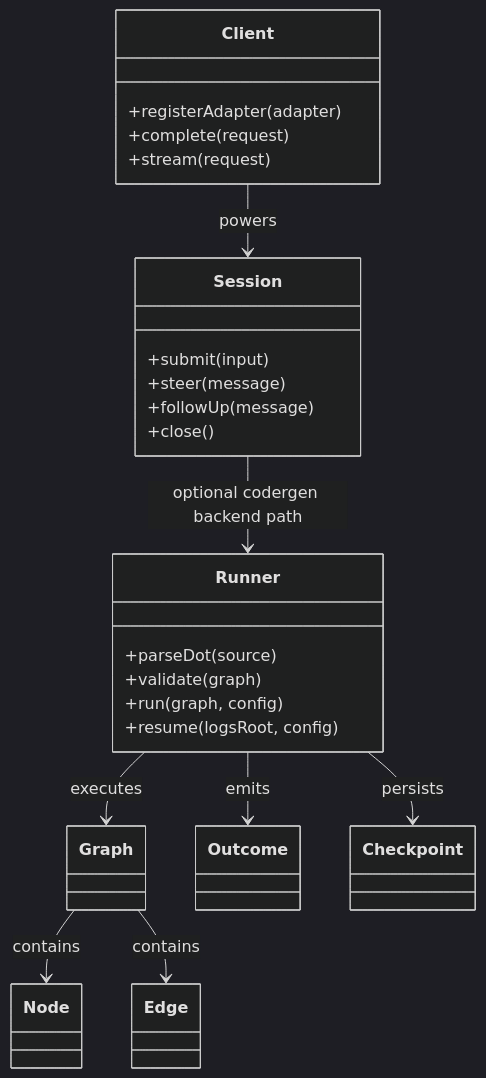
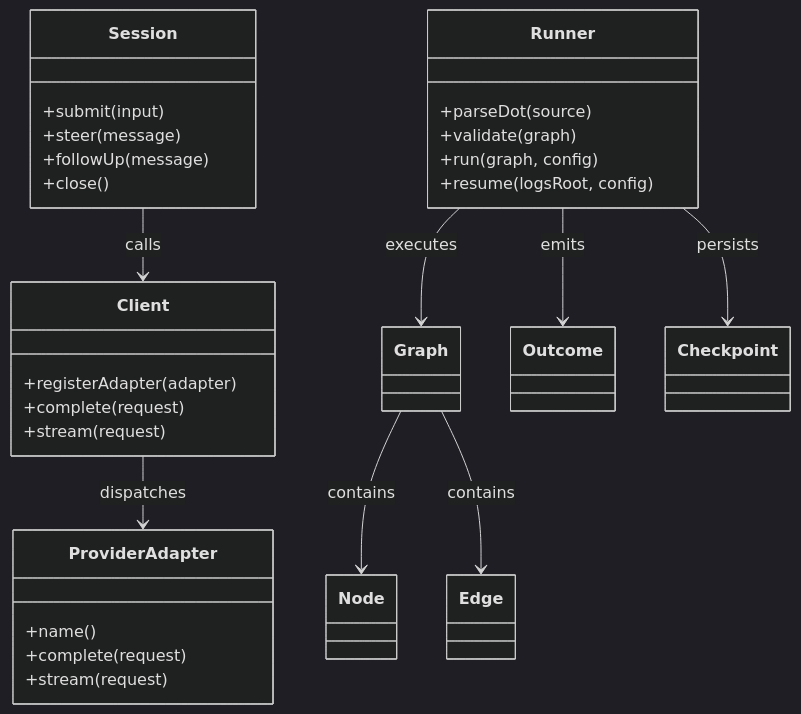
One commit to jaytaylor/attractor-php changed the first of 5 diagrams in docs/sprints/SPRINT-001-implementation-plan.md. Above: the diagram before and after it, drawn with Mermaid (dark theme). The commit also changed other lines of this file and 1 other file, not shown here.

````diff
--- a/docs/sprints/SPRINT-001-implementation-plan.md
+++ b/docs/sprints/SPRINT-001-implementation-plan.md
@@ -363,32 +554,42 @@
 ```mermaid
 classDiagram
   class Client {
     +registerAdapter(adapter)
     +complete(request)
     +stream(request)
   }
+
+  class ProviderAdapter {
+    +name()
+    +complete(request)
+    +stream(request)
+  }
+
   class Session {
     +submit(input)
     +steer(message)
     +followUp(message)
     +close()
   }
+
   class Runner {
     +parseDot(source)
     +validate(graph)
     +run(graph, config)
     +resume(logsRoot, config)
   }
+
   class Graph
   class Node
   class Edge
   class Outcome
   class Checkpoint
-  Client --> Session : powers
-  Session --> Runner : optional codergen backend path
+
+  Client --> ProviderAdapter : dispatches
+  Session --> Client : calls
   Runner --> Graph : executes
   Graph --> Node : contains
   Graph --> Edge : contains
   Runner --> Outcome : emits
   Runner --> Checkpoint : persists
 ```
````
